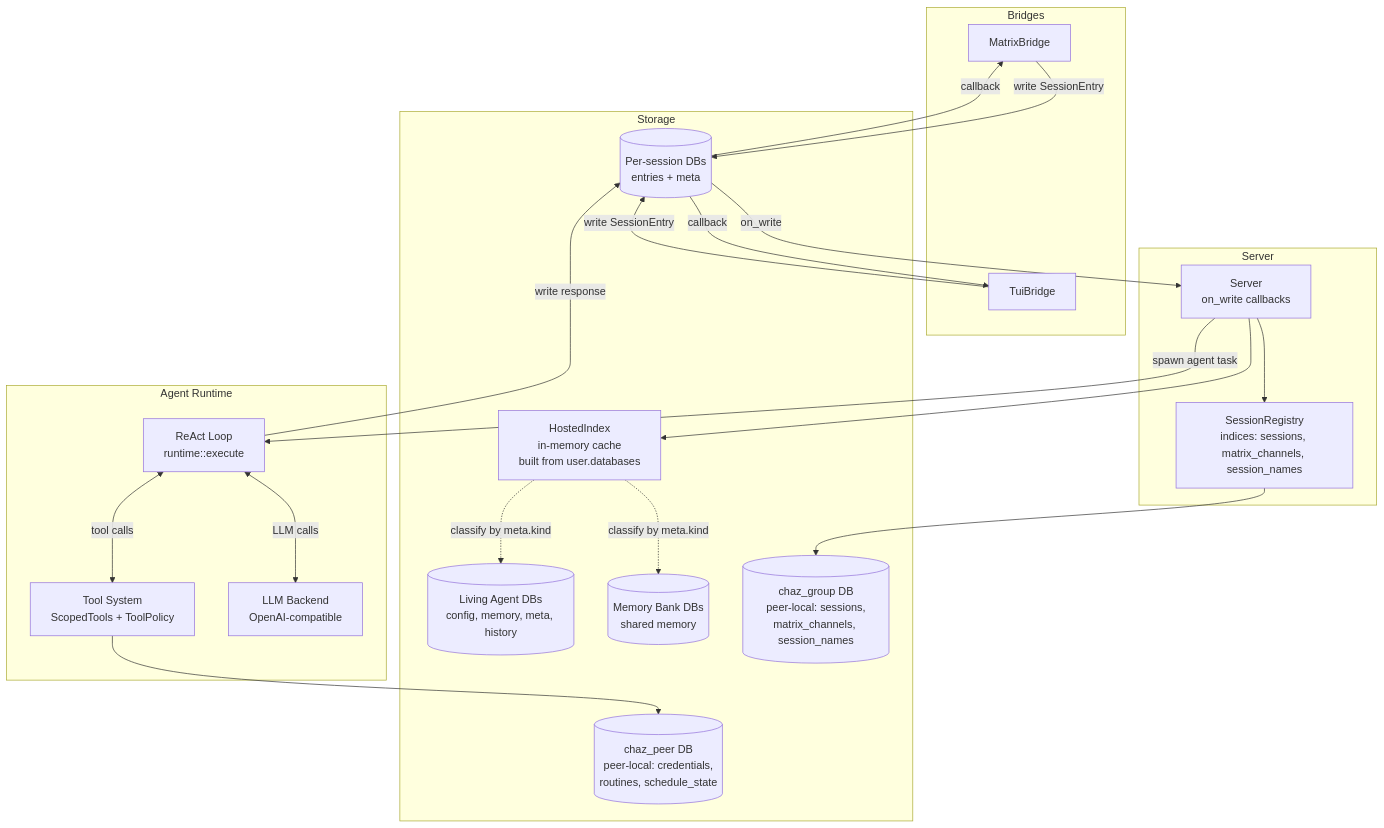
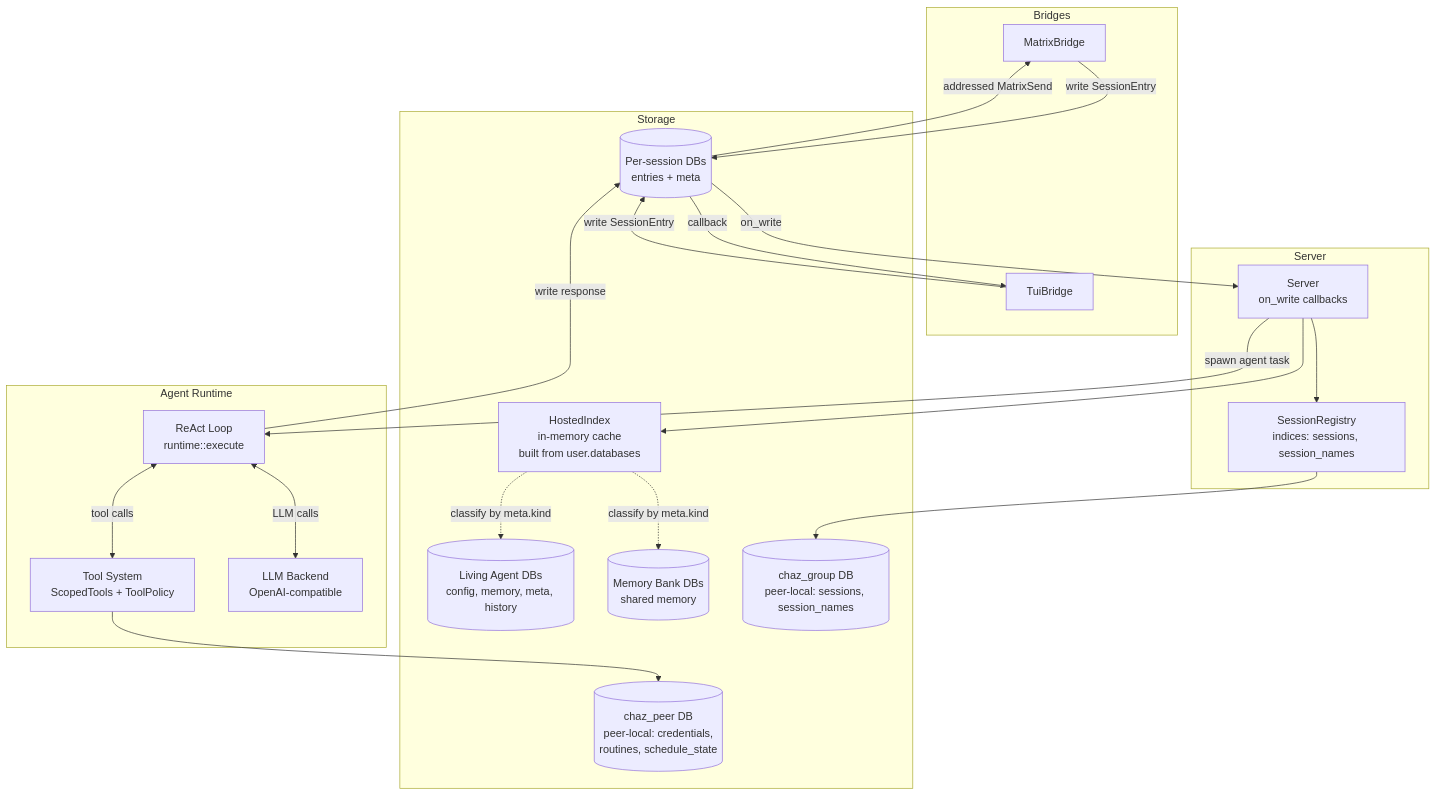
Before and after one commit to arcuru/chaz: the diagram in docs/src/architecture/overview.md, drawn with Mermaid. The commit also changed other lines of this file and 31 other files, not shown here.

Commit message:
feat(matrix): send through a session-local room handle

````diff
--- a/docs/src/architecture/overview.md
+++ b/docs/src/architecture/overview.md
@@ -16,43 +16,43 @@
 ```mermaid
 graph TD
     subgraph Bridges
         MG[MatrixBridge]
         TG[TuiBridge]
     end
 
     subgraph Server
         SV[Server<br/>on_write callbacks]
-        SR[SessionRegistry<br/>indices: sessions, matrix_channels, session_names]
+        SR[SessionRegistry<br/>indices: sessions, session_names]
     end
 
     subgraph "Agent Runtime"
         RT[ReAct Loop<br/>runtime::execute]
         TS[Tool System<br/>ScopedTools + ToolPolicy]
         LLM[LLM Backend<br/>OpenAI-compatible]
     end
 
     subgraph Storage
         EI[(Per-session DBs<br/>entries + meta)]
         LA[(Living Agent DBs<br/>config, memory, meta, history)]
         MB[(Memory Bank DBs<br/>shared memory)]
-        CG[(chaz_group DB<br/>peer-local: sessions,<br/>matrix_channels, session_names)]
+        CG[(chaz_group DB<br/>peer-local: sessions, session_names)]
         CP[(chaz_peer DB<br/>peer-local: credentials,<br/>routines, schedule_state)]
         HI[HostedIndex<br/>in-memory cache<br/>built from user.databases]
     end
 
     MG -->|write SessionEntry| EI
     TG -->|write SessionEntry| EI
     EI -->|on_write| SV
     SV -->|spawn agent task| RT
     RT <-->|tool calls| TS
     RT <-->|LLM calls| LLM
     RT -->|write response| EI
-    EI -->|callback| MG
+    EI -->|addressed MatrixSend| MG
     EI -->|callback| TG
     SV --> SR
     SR --> CG
     TS --> CP
     SV --> HI
     HI -.->|classify by meta.kind| LA
     HI -.->|classify by meta.kind| MB
 ```
````
